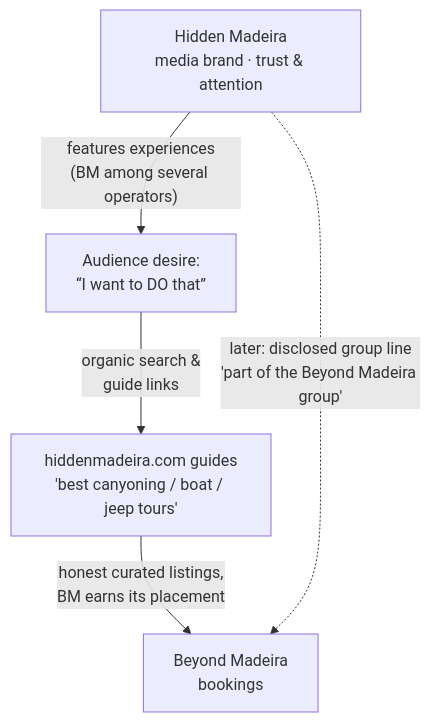
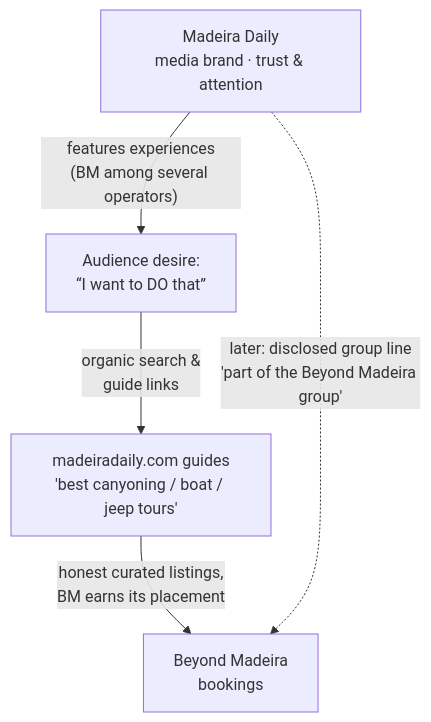
One commit to beyondmadeira/beyond-madeira-voucher-api changed the first of 3 diagrams in docs/media-brand-blueprint.md. Above: the diagram before and after it, drawn with Mermaid. The commit also changed other lines of this file, not shown here.

First line of the commit message:
docs: rebrand blueprint to Madeira Daily per founder decision

````diff
--- a/docs/media-brand-blueprint.md
+++ b/docs/media-brand-blueprint.md
@@ -592,7 +593,7 @@
 ```mermaid
 flowchart TD
-    A[Hidden Madeira<br/>media brand · trust & attention] -->|"features experiences<br/>(BM among several operators)"| B[Audience desire:<br/>“I want to DO that”]
-    B -->|"organic search &<br/>guide links"| C[hiddenmadeira.com guides<br/>'best canyoning / boat / jeep tours']
+    A[Madeira Daily<br/>media brand · trust & attention] -->|"features experiences<br/>(BM among several operators)"| B[Audience desire:<br/>“I want to DO that”]
+    B -->|"organic search &<br/>guide links"| C[madeiradaily.com guides<br/>'best canyoning / boat / jeep tours']
     C -->|"honest curated listings,<br/>BM earns its placement"| D[Beyond Madeira<br/>bookings]
     A -.->|"later: disclosed group line<br/>'part of the Beyond Madeira group'"| D
 ```
````
